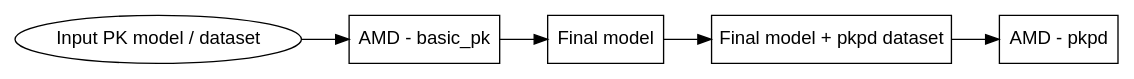
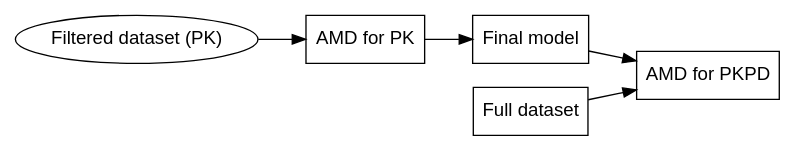
One commit to pharmpy/pharmpy changed the first of 2 diagrams in docs/amd_pkpd.rst. Above: the diagram before and after it, drawn with Graphviz. The commit also changed other lines of this file, not shown here.

Commit message:
Update PKPD documentation

```diff
--- a/docs/amd_pkpd.rst
+++ b/docs/amd_pkpd.rst
@@ -72,15 +73,15 @@
 .. graphviz::
 
     digraph BST {
             node [fontname="Arial",shape="rect"];
             rankdir="LR";
-            base [label="Input PK model / dataset", shape="oval"]
-            s0 [label="AMD - basic_pk"]
+            base [label="Filtered dataset (PK)", shape="oval"]
+            s0 [label="AMD for PK"]
             s1 [label="Final model"]
-            s2 [label="Final model + pkpd dataset"]
-            s3 [label="AMD - pkpd"]
+            s2 [label="Full dataset"]
+            s3 [label="AMD for PKPD"]
             base -> s0
             s0 -> s1
-            s1 -> s2
+            s1 -> s3
             s2 -> s3
         }
```
